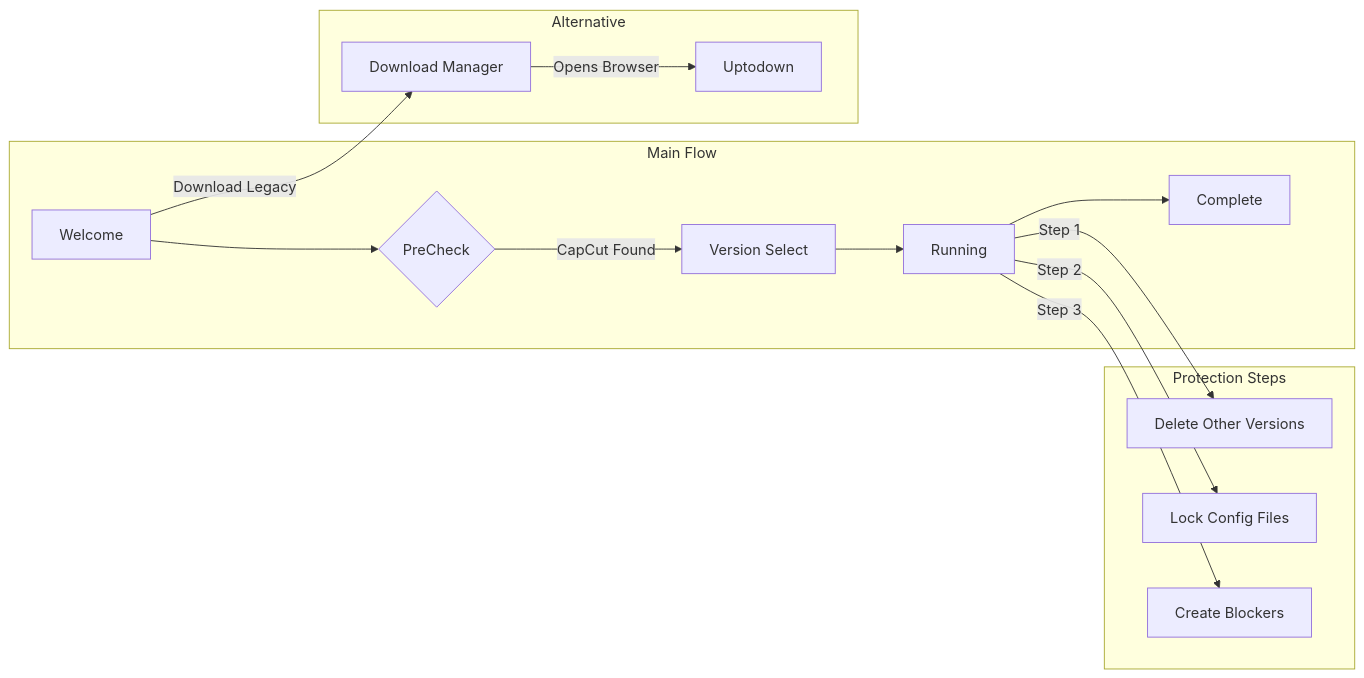
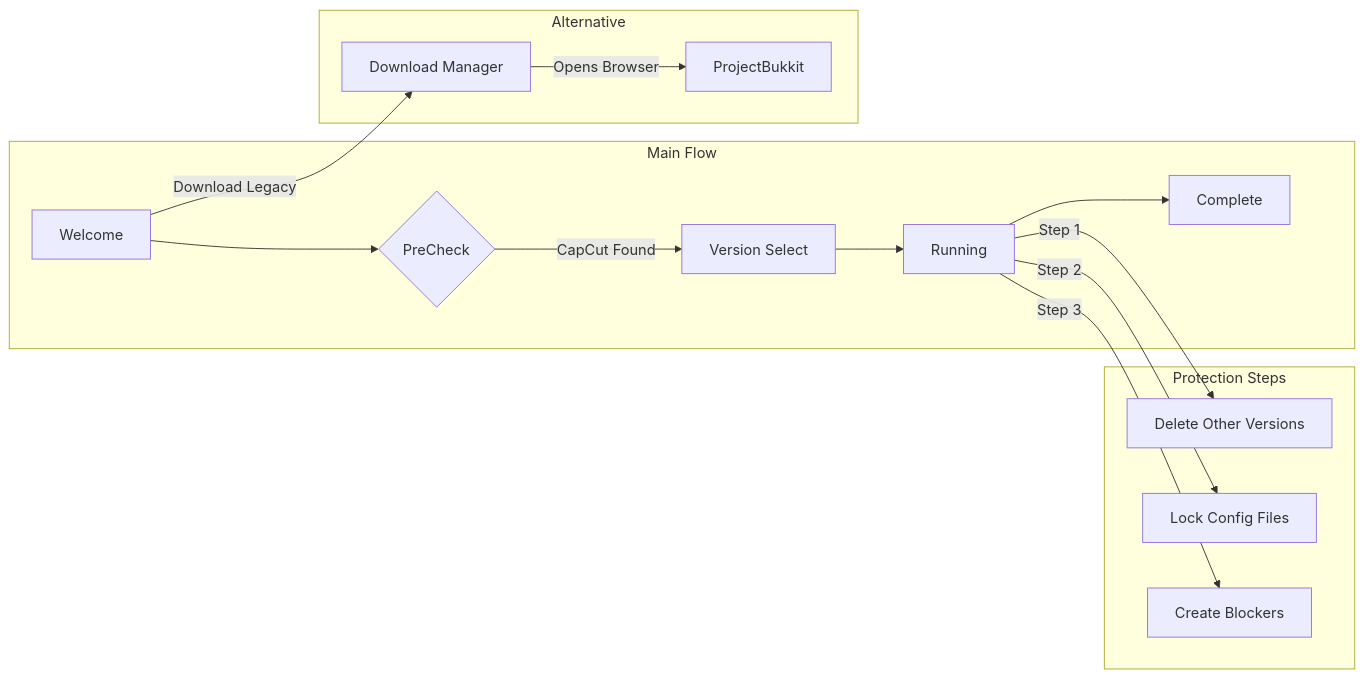
One commit to Zendevve/CCVG changed the diagram in README.md. Above: the diagram before and after it, drawn with Mermaid. The commit also changed other lines of this file and 4 other files, not shown here.

Commit message:
feat: Rename to CC Version Guard & use ProjectBukkit links

````diff
--- a/README.md
+++ b/README.md
@@ -80,20 +80,20 @@
 ```mermaid
 flowchart LR
     subgraph Main Flow
         A[Welcome] --> B{PreCheck}
         B -->|CapCut Found| C[Version Select]
         C --> D[Running]
         D --> E[Complete]
     end
 
     subgraph Alternative
         A -->|Download Legacy| F[Download Manager]
-        F -->|Opens Browser| G[Uptodown]
+        F -->|Opens Browser| G[ProjectBukkit]
     end
 
     subgraph Protection Steps
         D -->|Step 1| H[Delete Other Versions]
         D -->|Step 2| I[Lock Config Files]
         D -->|Step 3| J[Create Blockers]
     end
 ```
````
